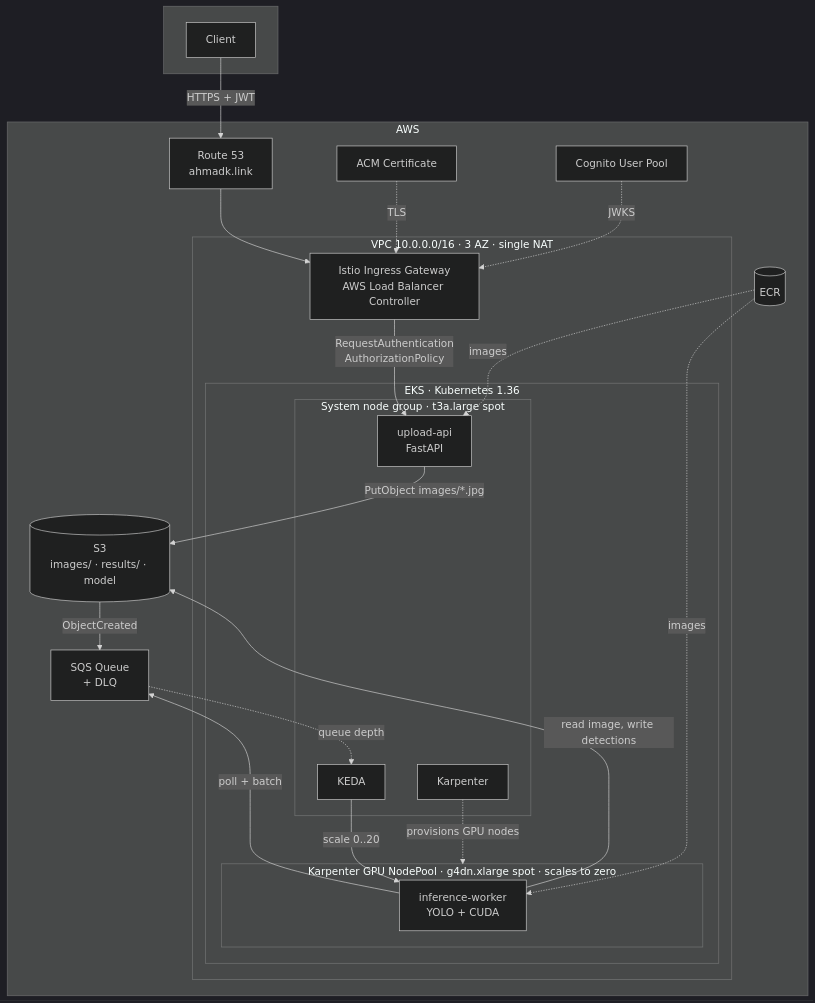
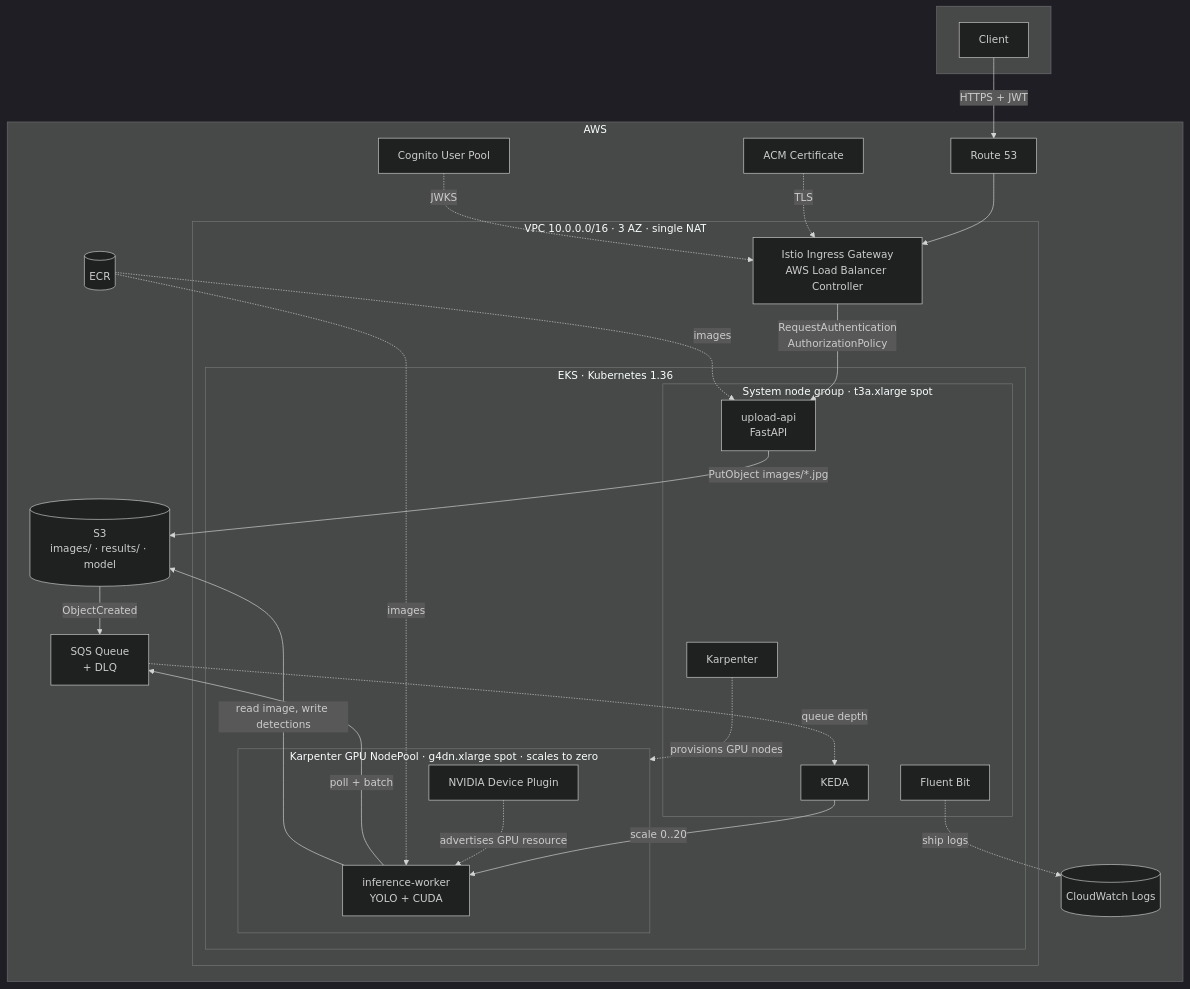
The diagram in README.md (ahmadkaleem2/eks-gpu-inference-platform), drawn with Mermaid (dark theme) before and after one commit. The commit also changed other lines of this file and 2 other files, not shown here.

Commit message:
Fix toleration

````diff
--- a/README.md
+++ b/README.md
@@ -23,46 +23,51 @@
 ```mermaid
 flowchart TB
     subgraph client[" "]
         U["Client"]
     end
 
     subgraph aws["AWS"]
-        R53["Route 53<br/>ahmadk.link"]
+        R53["Route 53"]
         ACM["ACM Certificate"]
         COG["Cognito User Pool"]
         ECR[("ECR")]
 
         subgraph vpc["VPC 10.0.0.0/16 · 3 AZ · single NAT"]
             NLB["Istio Ingress Gateway<br/>AWS Load Balancer Controller"]
 
             subgraph eks["EKS · Kubernetes 1.36"]
-                subgraph sys["System node group · t3a.large spot"]
+                subgraph sys["System node group · t3a.xlarge spot"]
                     API["upload-api<br/>FastAPI"]
                     KEDA["KEDA"]
                     KARP["Karpenter"]
+                    FB["Fluent Bit"]
                 end
 
                 subgraph gpu["Karpenter GPU NodePool · g4dn.xlarge spot · scales to zero"]
+                    GPUPLUG["NVIDIA Device Plugin"]
                     W1["inference-worker<br/>YOLO + CUDA"]
                 end
             end
         end
 
         S3[("S3<br/>images/ · results/ · model")]
         SQS["SQS Queue<br/>+ DLQ"]
+        CW[("CloudWatch Logs")]
     end
 
     U -->|HTTPS + JWT| R53 --> NLB
     ACM -.TLS.-> NLB
     COG -.JWKS.-> NLB
     NLB -->|RequestAuthentication<br/>AuthorizationPolicy| API
     API -->|PutObject images/*.jpg| S3
     S3 -->|ObjectCreated| SQS
     SQS -.queue depth.-> KEDA
     KEDA -->|scale 0..20| W1
     KARP -.provisions GPU nodes.-> gpu
+    GPUPLUG -.advertises GPU resource.-> W1
     W1 -->|poll + batch| SQS
     W1 -->|read image, write detections| S3
     ECR -.images.-> API
     ECR -.images.-> W1
+    FB -.ship logs.-> CW
 ```
````
